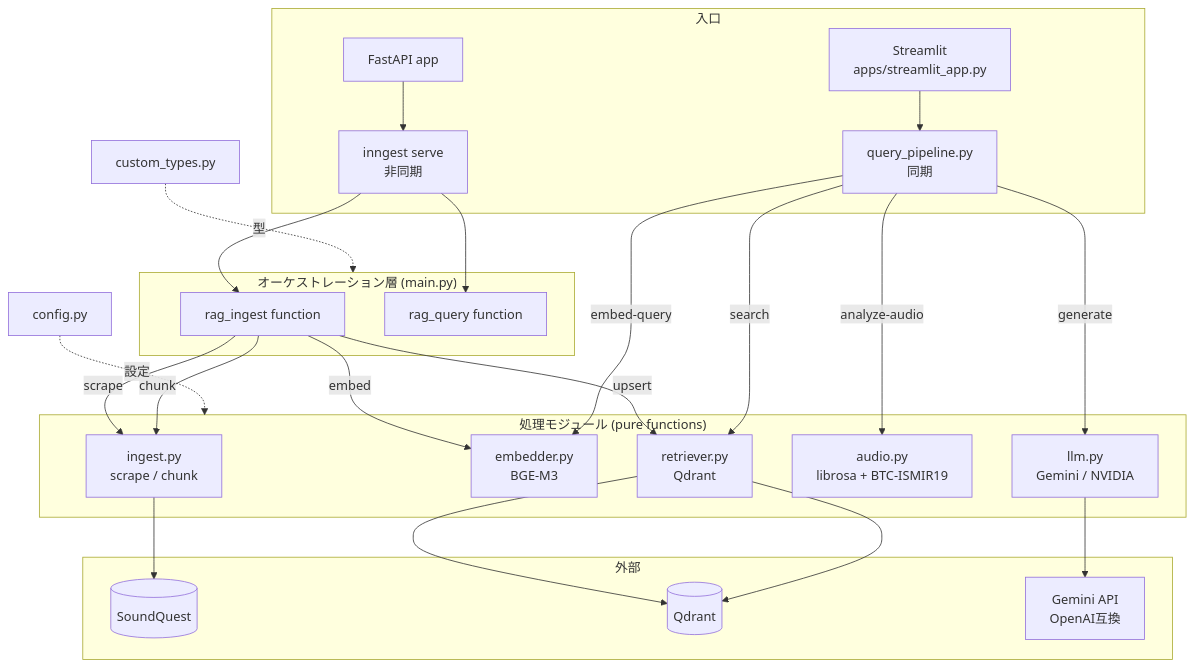
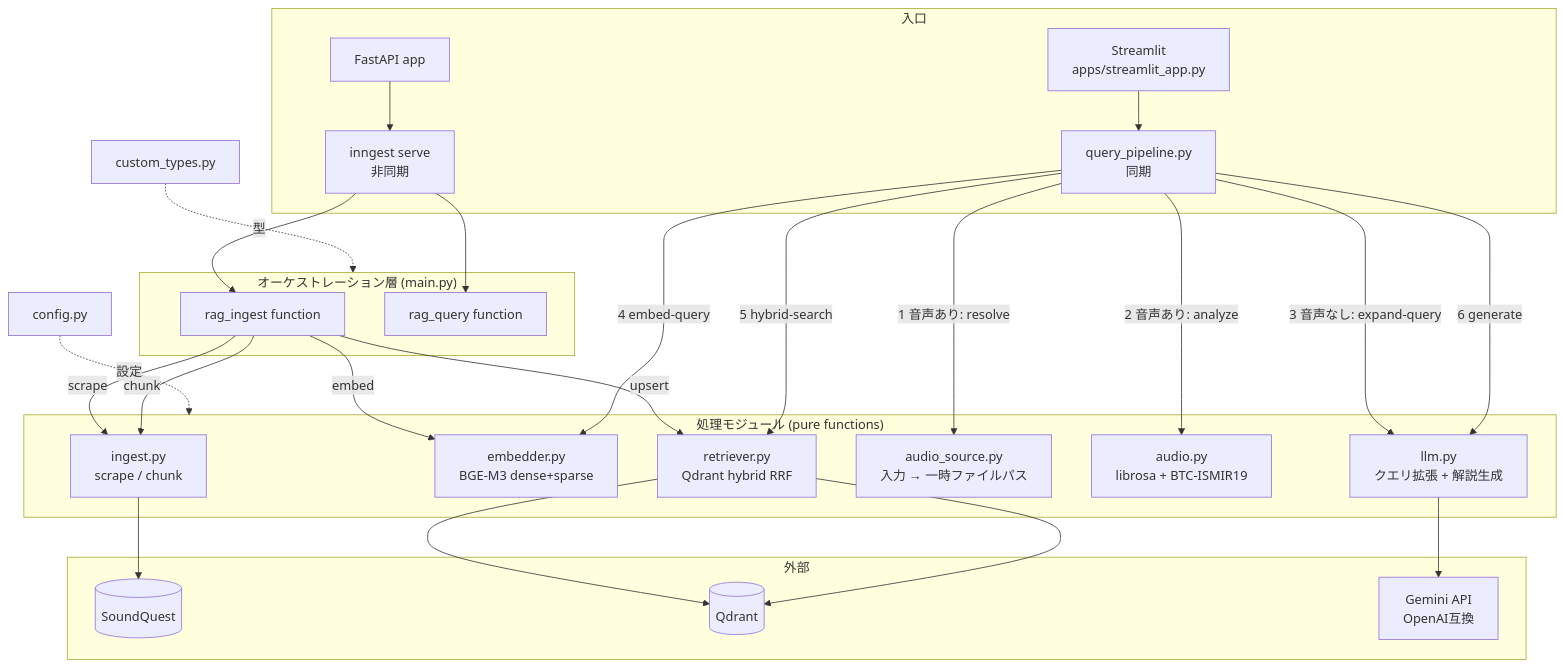
The diagram in README.md (t3-sketch/RAG_Music_Tutor), drawn with Mermaid before and after one commit. The commit also changed other lines of this file and 1 other file, not shown here.

````diff
--- a/README.md
+++ b/README.md
@@ -181,42 +248,45 @@
 ```mermaid
 flowchart TD
     subgraph entry["入口"]
         ST[Streamlit<br/>apps/streamlit_app.py] --> QP[query_pipeline.py<br/>同期]
         FA[FastAPI app] --> ING[inngest serve<br/>非同期]
     end
 
     subgraph orch["オーケストレーション層 (main.py)"]
         RI[rag_ingest function]
         RQ[rag_query function]
     end
 
     subgraph proc["処理モジュール (pure functions)"]
         ingest[ingest.py<br/>scrape / chunk]
-        embedder[embedder.py<br/>BGE-M3]
-        retriever[retriever.py<br/>Qdrant]
+        embedder[embedder.py<br/>BGE-M3 dense+sparse]
+        retriever[retriever.py<br/>Qdrant hybrid RRF]
+        asrc[audio_source.py<br/>入力 → 一時ファイルパス]
         audio[audio.py<br/>librosa + BTC-ISMIR19]
-        llm[llm.py<br/>Gemini / NVIDIA]
+        llm[llm.py<br/>クエリ拡張 + 解説生成]
     end
 
     subgraph ext["外部"]
         SQ[(SoundQuest)]
         QD[(Qdrant)]
         GM[Gemini API<br/>OpenAI互換]
     end
 
     ING --> RI
     ING --> RQ
 
     RI -->|scrape| ingest --> SQ
     RI -->|chunk| ingest
     RI -->|embed| embedder
     RI -->|upsert| retriever --> QD
 
-    QP -->|embed-query| embedder
-    QP -->|search| retriever --> QD
-    QP -->|analyze-audio| audio
-    QP -->|generate| llm --> GM
+    QP -->|1 音声あり: resolve| asrc
+    QP -->|2 音声あり: analyze| audio
+    QP -->|3 音声なし: expand-query| llm
+    QP -->|4 embed-query| embedder
+    QP -->|5 hybrid-search| retriever --> QD
+    QP -->|6 generate| llm --> GM
 
     config[config.py] -.設定.-> proc
     types[custom_types.py] -.型.-> orch
 ```
````
